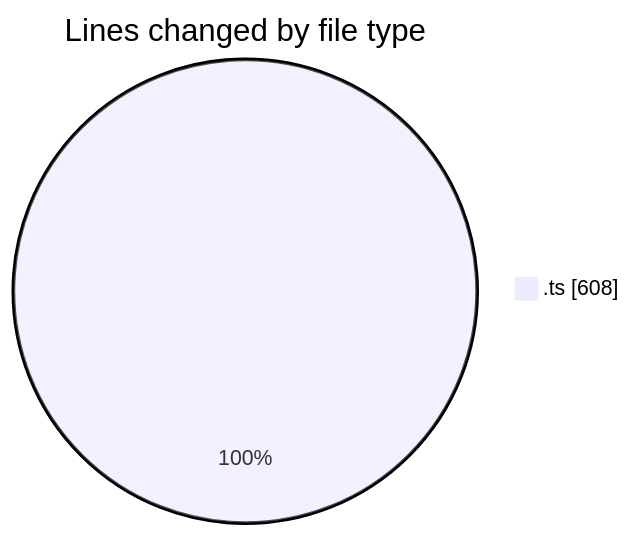
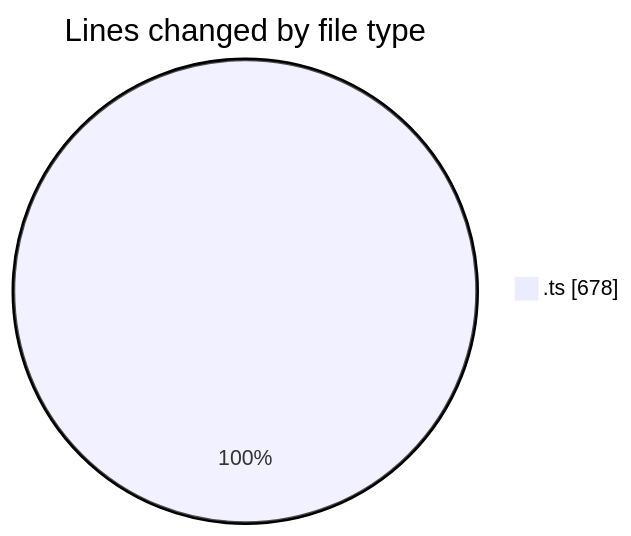
Before and after one commit to ricardozamudiocil/code-tracking: the first of 2 diagrams in 2026-09-17/cilwebcustomercomunicationfront/README.md, drawn with Mermaid. The commit also changed other lines of this file and 1 other file, not shown here.

````diff
--- a/2026-09-17/cilwebcustomercomunicationfront/README.md
+++ b/2026-09-17/cilwebcustomercomunicationfront/README.md
@@ -20,5 +21,5 @@
 ```mermaid
 pie showData
 title Lines changed by file type
-".ts" : 608
+".ts" : 678
 ```
````
